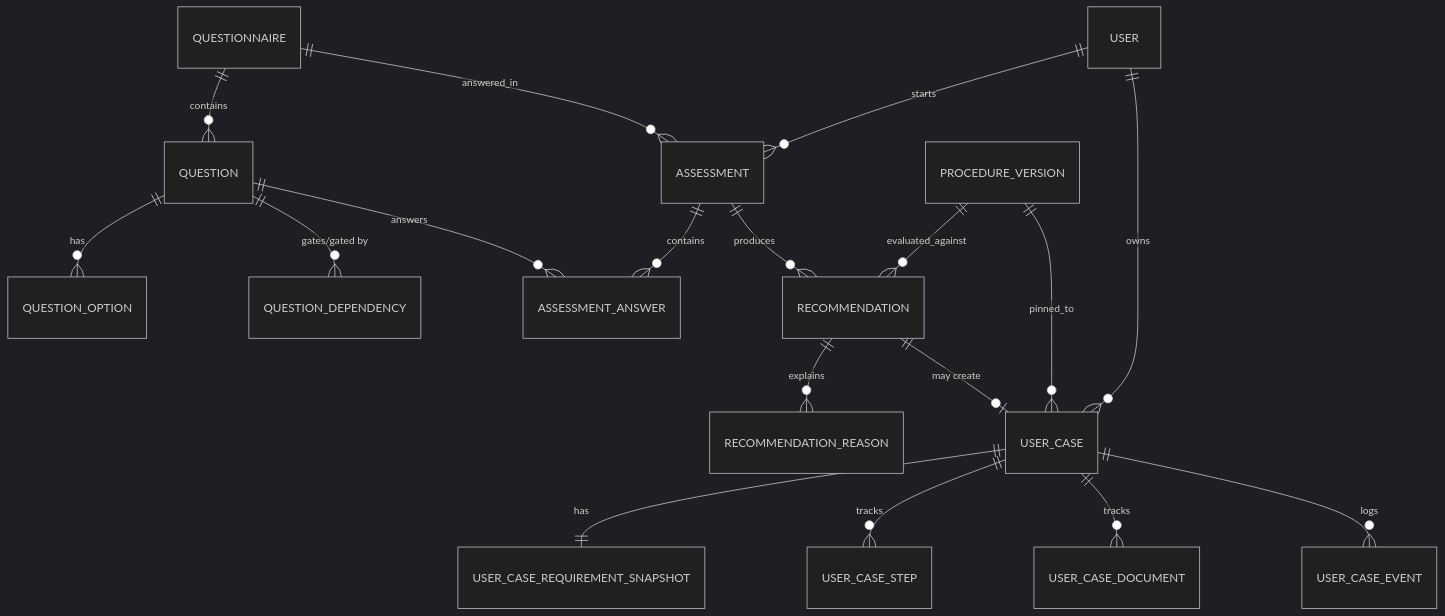
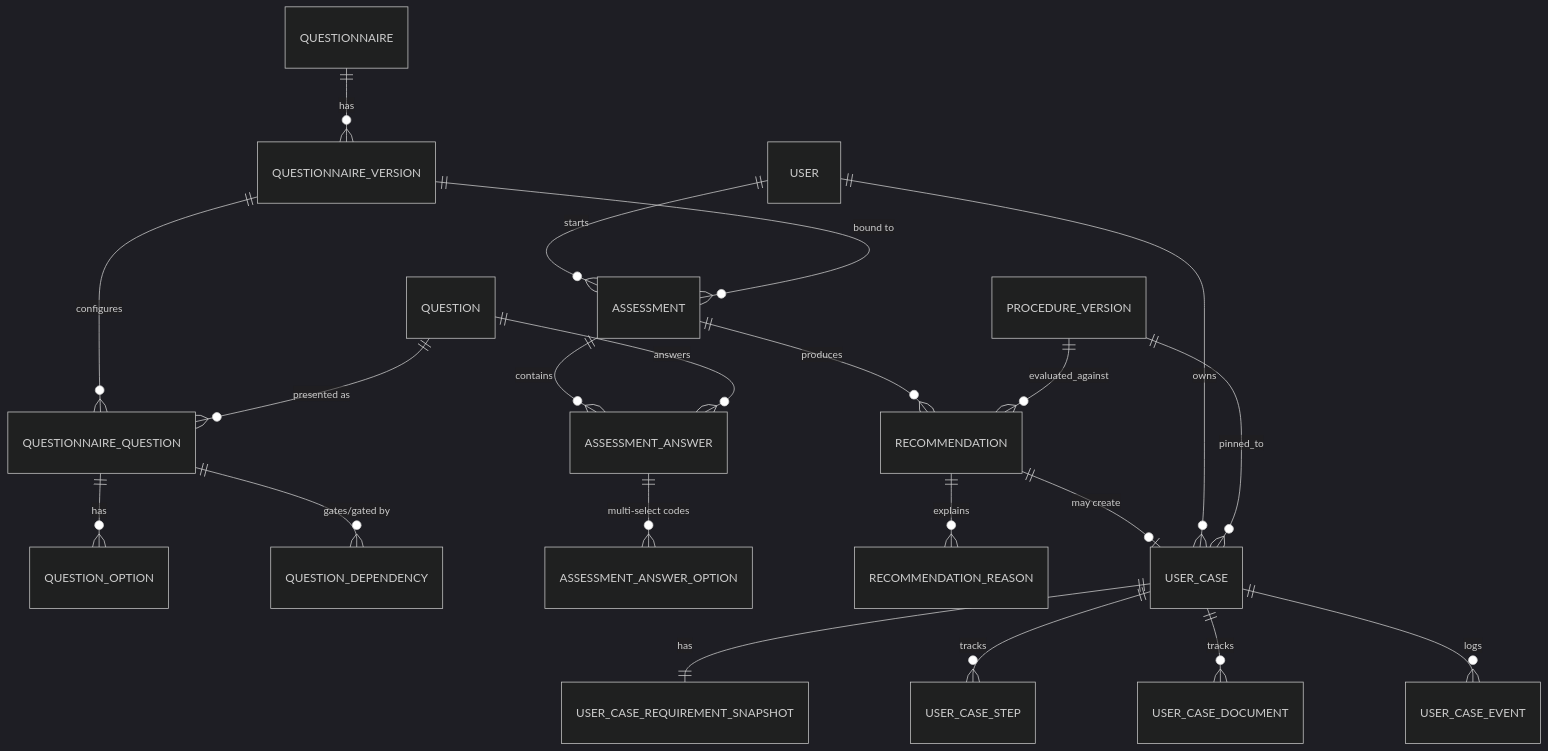
One commit to afzal-1002/MigrantPath changed the third of 3 diagrams in docs/database/DATABASE.md. Above: the diagram before and after it, drawn with Mermaid (dark theme). The commit also changed other lines of this file and 95 other files, not shown here.

````diff
--- a/docs/database/DATABASE.md
+++ b/docs/database/DATABASE.md
@@ -886,20 +932,23 @@
 ```mermaid
 erDiagram
-    QUESTIONNAIRE ||--o{ QUESTION : contains
-    QUESTION ||--o{ QUESTION_OPTION : has
-    QUESTION ||--o{ QUESTION_DEPENDENCY : "gates/gated by"
+    QUESTIONNAIRE ||--o{ QUESTIONNAIRE_VERSION : has
+    QUESTIONNAIRE_VERSION ||--o{ QUESTIONNAIRE_QUESTION : configures
+    QUESTION ||--o{ QUESTIONNAIRE_QUESTION : "presented as"
+    QUESTIONNAIRE_QUESTION ||--o{ QUESTION_OPTION : has
+    QUESTIONNAIRE_QUESTION ||--o{ QUESTION_DEPENDENCY : "gates/gated by"
     USER ||--o{ ASSESSMENT : starts
-    QUESTIONNAIRE ||--o{ ASSESSMENT : answered_in
+    QUESTIONNAIRE_VERSION ||--o{ ASSESSMENT : "bound to"
     ASSESSMENT ||--o{ ASSESSMENT_ANSWER : contains
     QUESTION ||--o{ ASSESSMENT_ANSWER : answers
+    ASSESSMENT_ANSWER ||--o{ ASSESSMENT_ANSWER_OPTION : "multi-select codes"
     ASSESSMENT ||--o{ RECOMMENDATION : produces
     PROCEDURE_VERSION ||--o{ RECOMMENDATION : evaluated_against
     RECOMMENDATION ||--o{ RECOMMENDATION_REASON : explains
     RECOMMENDATION ||--o| USER_CASE : "may create"
     USER ||--o{ USER_CASE : owns
     PROCEDURE_VERSION ||--o{ USER_CASE : pinned_to
     USER_CASE ||--|| USER_CASE_REQUIREMENT_SNAPSHOT : has
     USER_CASE ||--o{ USER_CASE_STEP : tracks
     USER_CASE ||--o{ USER_CASE_DOCUMENT : tracks
     USER_CASE ||--o{ USER_CASE_EVENT : logs
 ```
````
